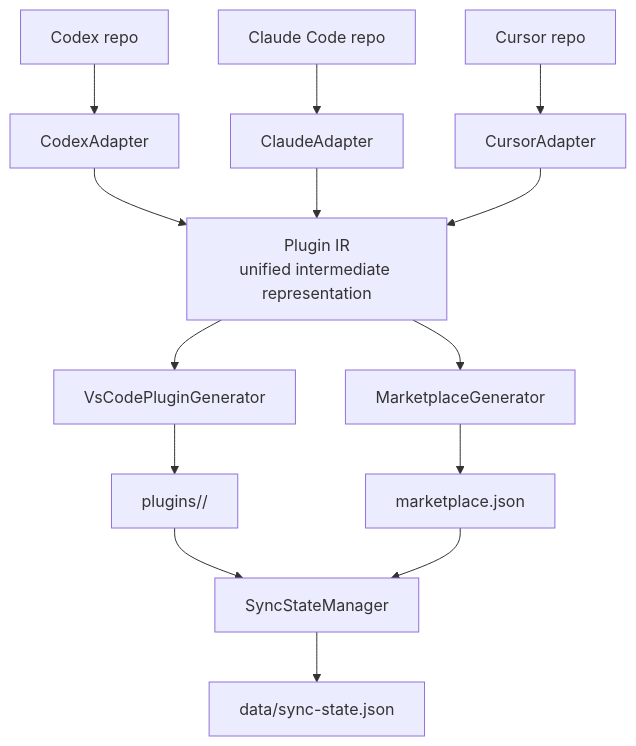
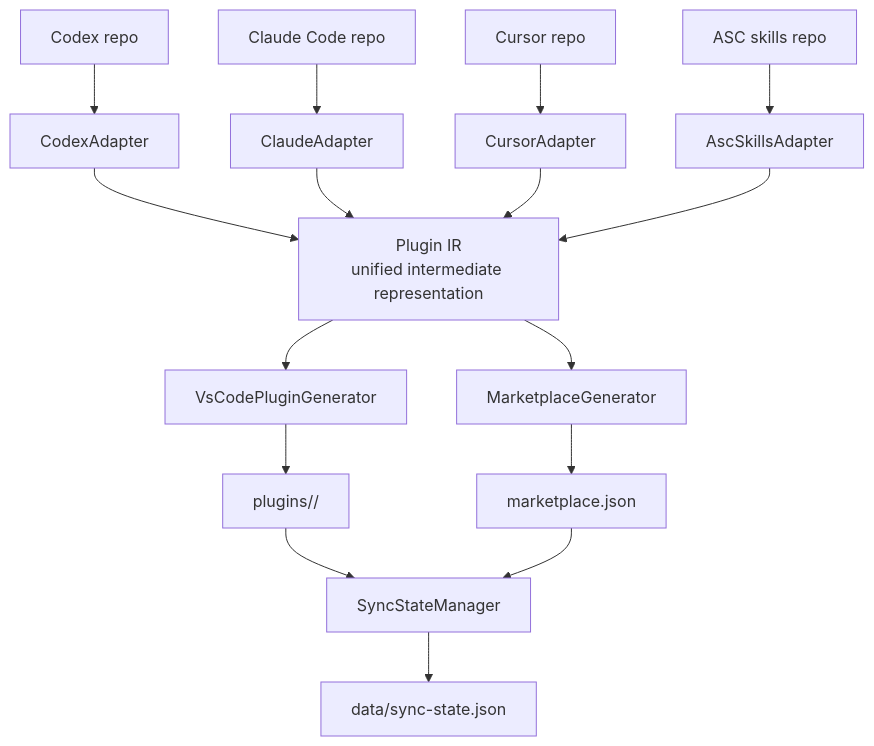
Before and after one commit to ilderaj/agent-plugin-marketplace: the diagram in README.md, drawn with Mermaid. The commit also changed other lines of this file and 100 other files, not shown here.

Commit message:
feat: sync asc cli skills as a permanent upstream plugin

````diff
--- a/README.md
+++ b/README.md
@@ -111,20 +112,22 @@
 ```mermaid
 flowchart TD
     codex[Codex repo] --> codexAdapter[CodexAdapter]
     claude[Claude Code repo] --> claudeAdapter[ClaudeAdapter]
     cursor[Cursor repo] --> cursorAdapter[CursorAdapter]
+    community[ASC skills repo] --> ascAdapter[AscSkillsAdapter]
 
     codexAdapter --> ir[Plugin IR<br/>unified intermediate representation]
     claudeAdapter --> ir
     cursorAdapter --> ir
+    ascAdapter --> ir
 
     ir --> vscodeGen[VsCodePluginGenerator]
     ir --> marketplaceGen[MarketplaceGenerator]
 
     vscodeGen --> plugins[plugins/<name>/]
     marketplaceGen --> marketplace[marketplace.json]
 
     plugins --> state[SyncStateManager]
     marketplace --> state
     state --> syncState[data/sync-state.json]
 ```
````
